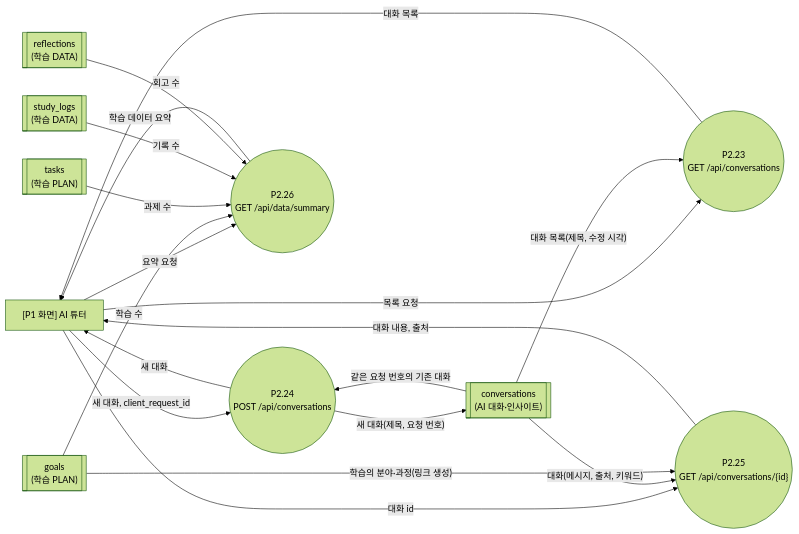
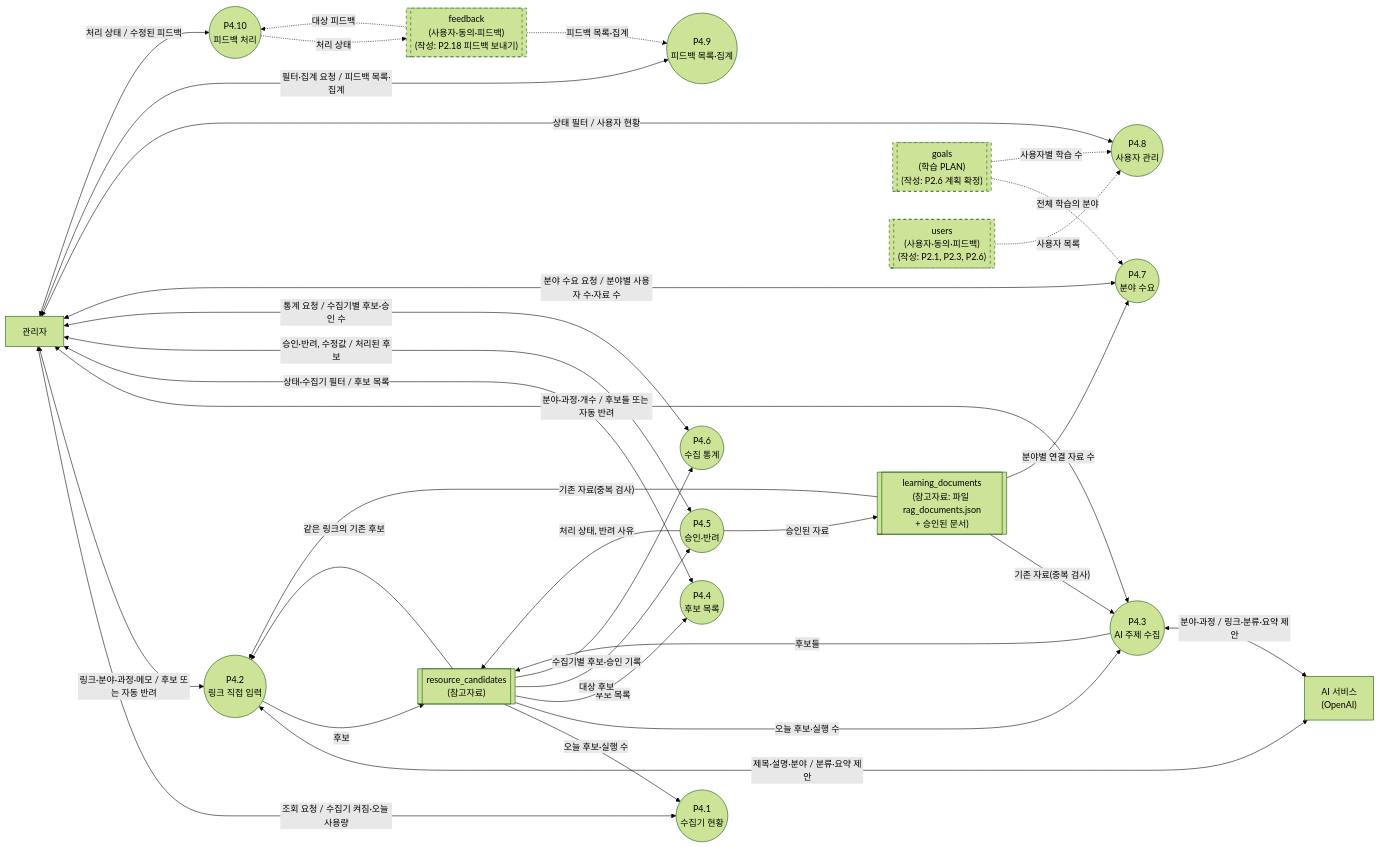
Before and after one commit to yong05610/ai-n-fprj: the eighth of 11 diagrams in docs/dfd_by_module.md, drawn with Mermaid (forest theme). The commit also changed other lines of this file and 2 other files, not shown here.

````diff
--- a/docs/dfd_by_module.md
+++ b/docs/dfd_by_module.md
@@ -386,32 +450,60 @@
 ```mermaid
 %%{init: {"flowchart": {"curve": "basis"}}}%%
 flowchart LR
-    S["[P1 화면] AI 튜터"]
-    P61(("P2.23<br/>GET /api/conversations"))
-    P62(("P2.24<br/>POST /api/conversations"))
-    P63(("P2.25<br/>GET /api/conversations/{id}"))
-    P65(("P2.26<br/>GET /api/data/summary"))
+    AD["관리자"]
+    AIS["AI 서비스<br/>(OpenAI)"]
 
-    S -->|"목록 요청"| P61
-    P61 -->|"대화 목록"| S
-    S -->|"새 대화, client_request_id"| P62
-    P62 -->|"새 대화"| S
-    S -->|"대화 id"| P63
-    P63 -->|"대화 내용, 출처"| S
-    S -->|"요약 요청"| P65
-    P65 -->|"학습 데이터 요약"| S
-    DCV[["conversations<br/>(AI 대화·인사이트)"]]
-    DGO[["goals<br/>(학습 PLAN)"]]
-    DTK[["tasks<br/>(학습 PLAN)"]]
-    DSL[["study_logs<br/>(학습 DATA)"]]
-    DRF[["reflections<br/>(학습 DATA)"]]
-    DCV -->|"대화 목록(제목, 수정 시각)"| P61
-    DCV -->|"같은 요청 번호의 기존 대화"| P62
-    P62 -->|"새 대화(제목, 요청 번호)"| DCV
-    DCV -->|"대화(메시지, 출처, 키워드)"| P63
-    DGO -->|"학습의 분야·과정(링크 생성)"| P63
-    DGO -->|"학습 수"| P65
-    DTK -->|"과제 수"| P65
-    DSL -->|"기록 수"| P65
-    DRF -->|"회고 수"| P65
+    P41(("P4.1<br/>수집기 현황"))
+    P42(("P4.2<br/>링크 직접 입력"))
+    P43(("P4.3<br/>AI 주제 수집"))
+    P44(("P4.4<br/>후보 목록"))
+    P45(("P4.5<br/>승인·반려"))
+    P46(("P4.6<br/>수집 통계"))
+    P47(("P4.7<br/>분야 수요"))
+    P48(("P4.8<br/>사용자 관리"))
+    P49(("P4.9<br/>피드백 목록·집계"))
+    P410(("P4.10<br/>피드백 처리"))
+
+    DRC[["resource_candidates<br/>(참고자료)"]]
+    DLD[["learning_documents<br/>(참고자료: 파일 rag_documents.json<br/>+ 승인된 문서)"]]
+    DGO[["goals<br/>(학습 PLAN)<br/>(작성: P2.6 계획 확정)"]]
+    DUS[["users<br/>(사용자·동의·피드백)<br/>(작성: P2.1, P2.3, P2.6)"]]
+    DFB[["feedback<br/>(사용자·동의·피드백)<br/>(작성: P2.18 피드백 보내기)"]]
+
+    AD <-->|"조회 요청 / 수집기 켜짐·오늘 사용량"| P41
+    AD <-->|"링크·분야·과정·메모 / 후보 또는 자동 반려"| P42
+    AD <-->|"분야·과정·개수 / 후보들 또는 자동 반려"| P43
+    AD <-->|"상태·수집기 필터 / 후보 목록"| P44
+    AD <-->|"승인·반려, 수정값 / 처리된 후보"| P45
+    AD <-->|"통계 요청 / 수집기별 후보·승인 수"| P46
+    AD <-->|"분야 수요 요청 / 분야별 사용자 수·자료 수"| P47
+    AD <-->|"상태 필터 / 사용자 현황"| P48
+    AD <-->|"필터·집계 요청 / 피드백 목록·집계"| P49
+    AD <-->|"처리 상태 / 수정된 피드백"| P410
+
+    P42 <-->|"제목·설명·분야 / 분류·요약 제안"| AIS
+    P43 <-->|"분야·과정 / 링크·분류·요약 제안"| AIS
+
+    DRC -->|"오늘 후보·실행 수"| P41
+    DRC -->|"같은 링크의 기존 후보"| P42
+    DLD -->|"기존 자료(중복 검사)"| P42
+    P42 -->|"후보"| DRC
+    DRC -->|"오늘 후보·실행 수"| P43
+    DLD -->|"기존 자료(중복 검사)"| P43
+    P43 -->|"후보들"| DRC
+    DRC -->|"후보 목록"| P44
+    DRC -->|"대상 후보"| P45
+    P45 -->|"처리 상태, 반려 사유"| DRC
+    P45 -->|"승인된 자료"| DLD
+    DRC -->|"수집기별 후보·승인 기록"| P46
+    DLD -->|"분야별 연결 자료 수"| P47
+    DGO -.->|"전체 학습의 분야"| P47
+    DUS -.->|"사용자 목록"| P48
+    DGO -.->|"사용자별 학습 수"| P48
+    DFB -.->|"피드백 목록·집계"| P49
+    DFB -.->|"대상 피드백"| P410
+    P410 -.->|"처리 상태"| DFB
+
+    classDef ext stroke-dasharray:5 5
+    class DGO,DUS,DFB ext
 ```
````
